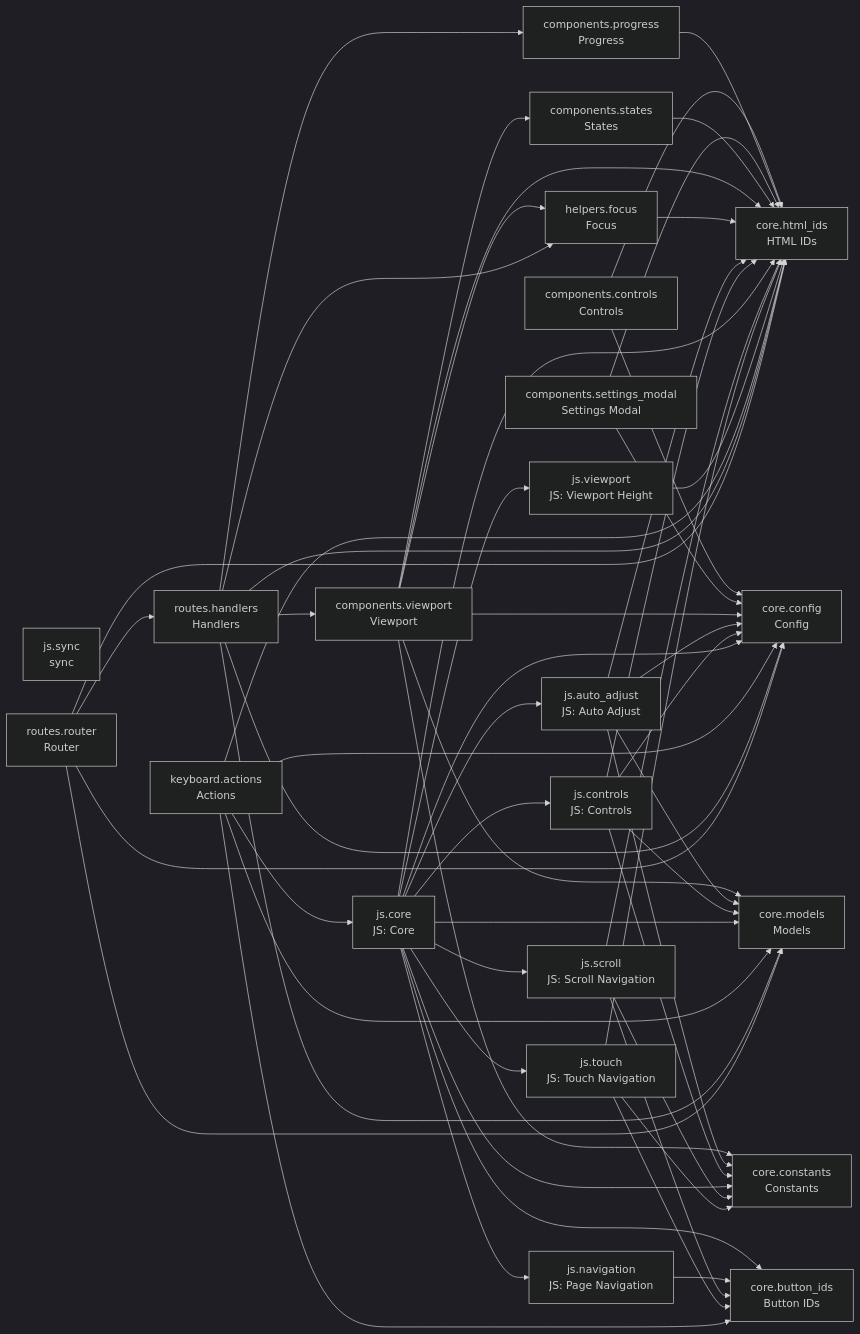
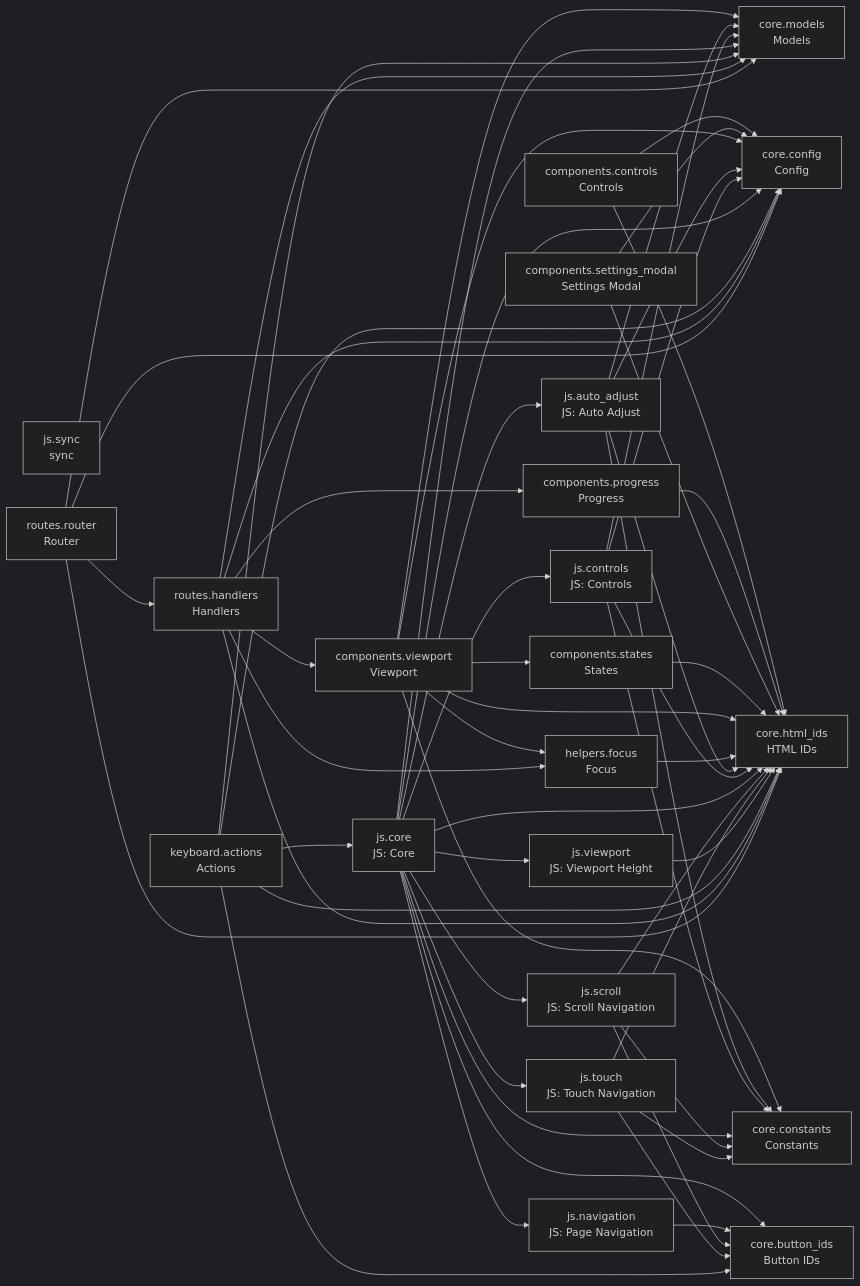
The diagram in README.md (cj-mills/cjm-fasthtml-card-stack), drawn with Mermaid (dark theme) before and after one commit. The commit also changed other lines of this file and 3 other files, not shown here.

````diff
--- a/README.md
+++ b/README.md
@@ -48,81 +48,81 @@
 ``` mermaid
 graph LR
     components_controls[components.controls<br/>Controls]
     components_progress[components.progress<br/>Progress]
     components_settings_modal[components.settings_modal<br/>Settings Modal]
     components_states[components.states<br/>States]
     components_viewport[components.viewport<br/>Viewport]
     core_button_ids[core.button_ids<br/>Button IDs]
     core_config[core.config<br/>Config]
     core_constants[core.constants<br/>Constants]
     core_html_ids[core.html_ids<br/>HTML IDs]
     core_models[core.models<br/>Models]
     helpers_focus[helpers.focus<br/>Focus]
     js_auto_adjust[js.auto_adjust<br/>JS: Auto Adjust]
     js_controls[js.controls<br/>JS: Controls]
     js_core[js.core<br/>JS: Core]
     js_navigation[js.navigation<br/>JS: Page Navigation]
     js_scroll[js.scroll<br/>JS: Scroll Navigation]
     js_sync[js.sync<br/>sync]
     js_touch[js.touch<br/>JS: Touch Navigation]
     js_viewport[js.viewport<br/>JS: Viewport Height]
     keyboard_actions[keyboard.actions<br/>Actions]
     routes_handlers[routes.handlers<br/>Handlers]
     routes_router[routes.router<br/>Router]
 
     components_controls --> core_config
     components_controls --> core_html_ids
     components_progress --> core_html_ids
     components_settings_modal --> core_config
     components_settings_modal --> core_html_ids
     components_states --> core_html_ids
+    components_viewport --> core_constants
+    components_viewport --> core_models
     components_viewport --> helpers_focus
     components_viewport --> core_config
-    components_viewport --> core_models
     components_viewport --> components_states
-    components_viewport --> core_constants
     components_viewport --> core_html_ids
     helpers_focus --> core_html_ids
     js_auto_adjust --> core_config
     js_auto_adjust --> core_models
+    js_auto_adjust --> core_constants
     js_auto_adjust --> core_html_ids
-    js_auto_adjust --> core_constants
     js_controls --> core_constants
     js_controls --> core_config
     js_controls --> core_models
     js_controls --> core_html_ids
+    js_core --> js_scroll
+    js_core --> js_auto_adjust
+    js_core --> js_controls
+    js_core --> core_models
     js_core --> core_constants
-    js_core --> js_controls
-    js_core --> js_auto_adjust
     js_core --> core_config
-    js_core --> core_models
+    js_core --> js_navigation
+    js_core --> core_button_ids
+    js_core --> js_viewport
     js_core --> js_touch
-    js_core --> js_navigation
-    js_core --> js_scroll
-    js_core --> js_viewport
-    js_core --> core_button_ids
     js_core --> core_html_ids
     js_navigation --> core_button_ids
     js_scroll --> core_constants
     js_scroll --> core_button_ids
     js_scroll --> core_html_ids
     js_touch --> core_constants
     js_touch --> core_button_ids
     js_touch --> core_html_ids
     js_viewport --> core_html_ids
+    keyboard_actions --> core_models
     keyboard_actions --> core_config
-    keyboard_actions --> core_models
     keyboard_actions --> js_core
     keyboard_actions --> core_button_ids
     keyboard_actions --> core_html_ids
+    routes_handlers --> helpers_focus
     routes_handlers --> components_viewport
+    routes_handlers --> core_models
+    routes_handlers --> components_progress
     routes_handlers --> core_config
-    routes_handlers --> core_models
     routes_handlers --> core_html_ids
-    routes_handlers --> components_progress
-    routes_handlers --> helpers_focus
+    routes_router --> core_models
+    routes_router --> core_config
     routes_router --> routes_handlers
-    routes_router --> core_config
-    routes_router --> core_models
     routes_router --> core_html_ids
 ```
````
